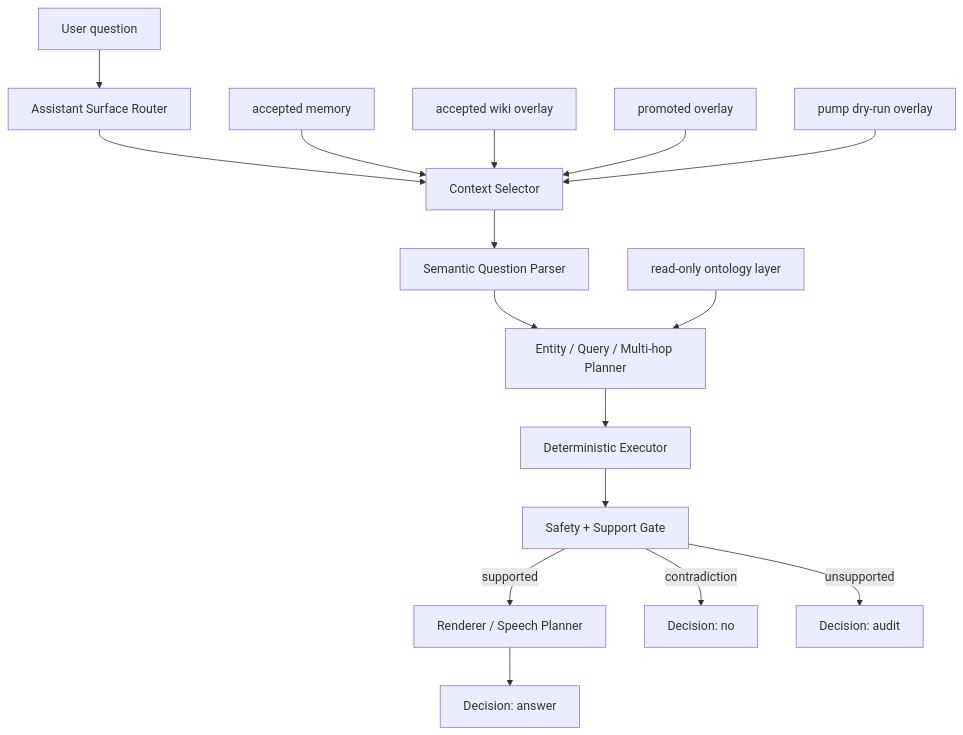
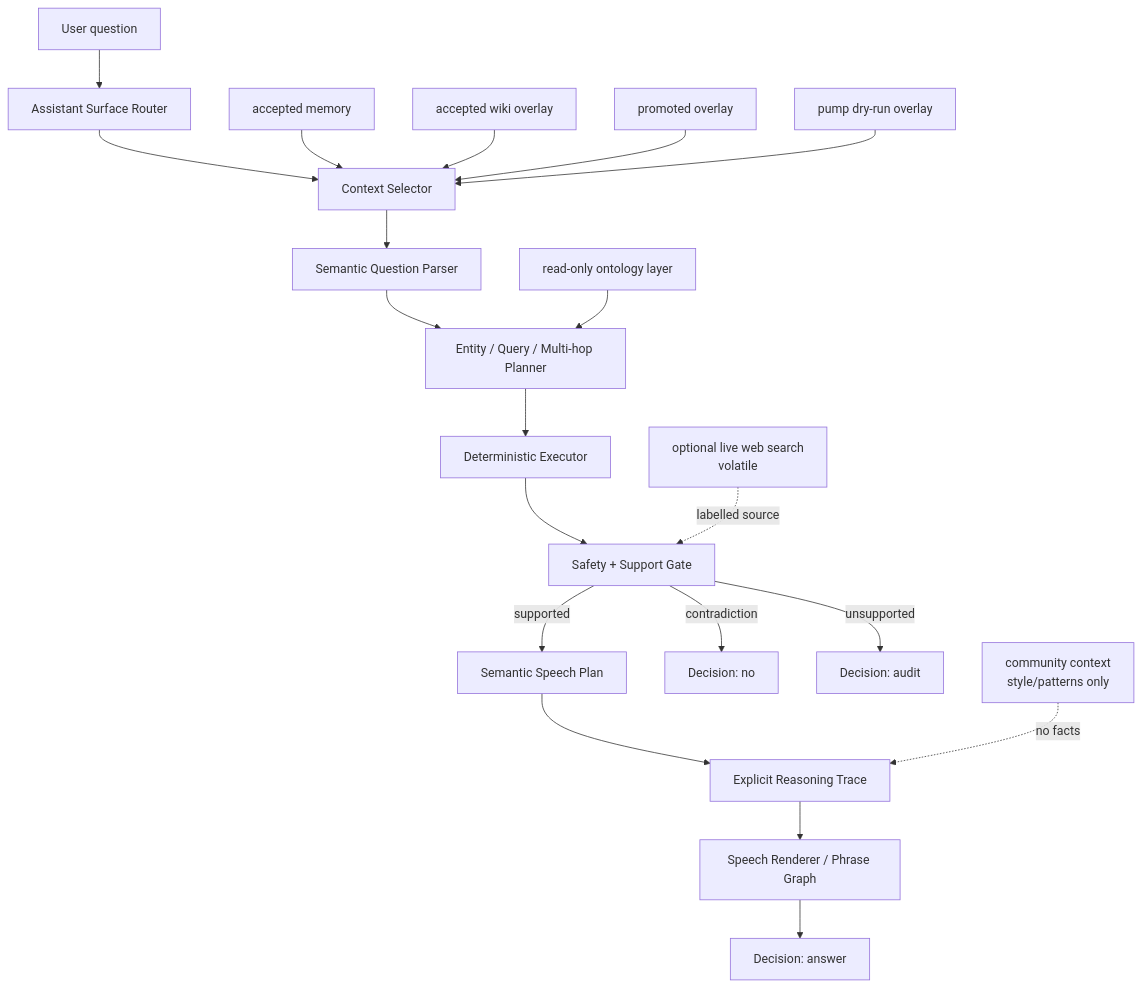
The first of 5 diagrams in README.md (zowelqqee/microworld), drawn with Mermaid before and after one commit. The commit also changed other lines of this file and 1 other file, not shown here.

Commit message:
Document Microworld speech reasoning results

````diff
--- a/README.md
+++ b/README.md
@@ -147,19 +324,23 @@
 ```mermaid
 flowchart TD
     Q["User question"] --> R["Assistant Surface Router"]
     R --> C["Context Selector"]
     C --> P["Semantic Question Parser"]
     P --> A["Entity / Query / Multi-hop Planner"]
     A --> E["Deterministic Executor"]
     E --> S["Safety + Support Gate"]
-    S -->|supported| Render["Renderer / Speech Planner"]
+    S -->|supported| SP["Semantic Speech Plan"]
+    SP --> RE["Explicit Reasoning Trace"]
+    RE --> Render["Speech Renderer / Phrase Graph"]
     S -->|contradiction| No["Decision: no"]
     S -->|unsupported| Audit["Decision: audit"]
     Render --> Ans["Decision: answer"]
 
     M1["accepted memory"] --> C
     M2["accepted wiki overlay"] --> C
     M3["promoted overlay"] --> C
     M4["pump dry-run overlay"] --> C
     O["read-only ontology layer"] --> A
+    CC["community context<br/>style/patterns only"] -. no facts .-> RE
+    WS["optional live web search<br/>volatile"] -. labelled source .-> S
 ```
````
